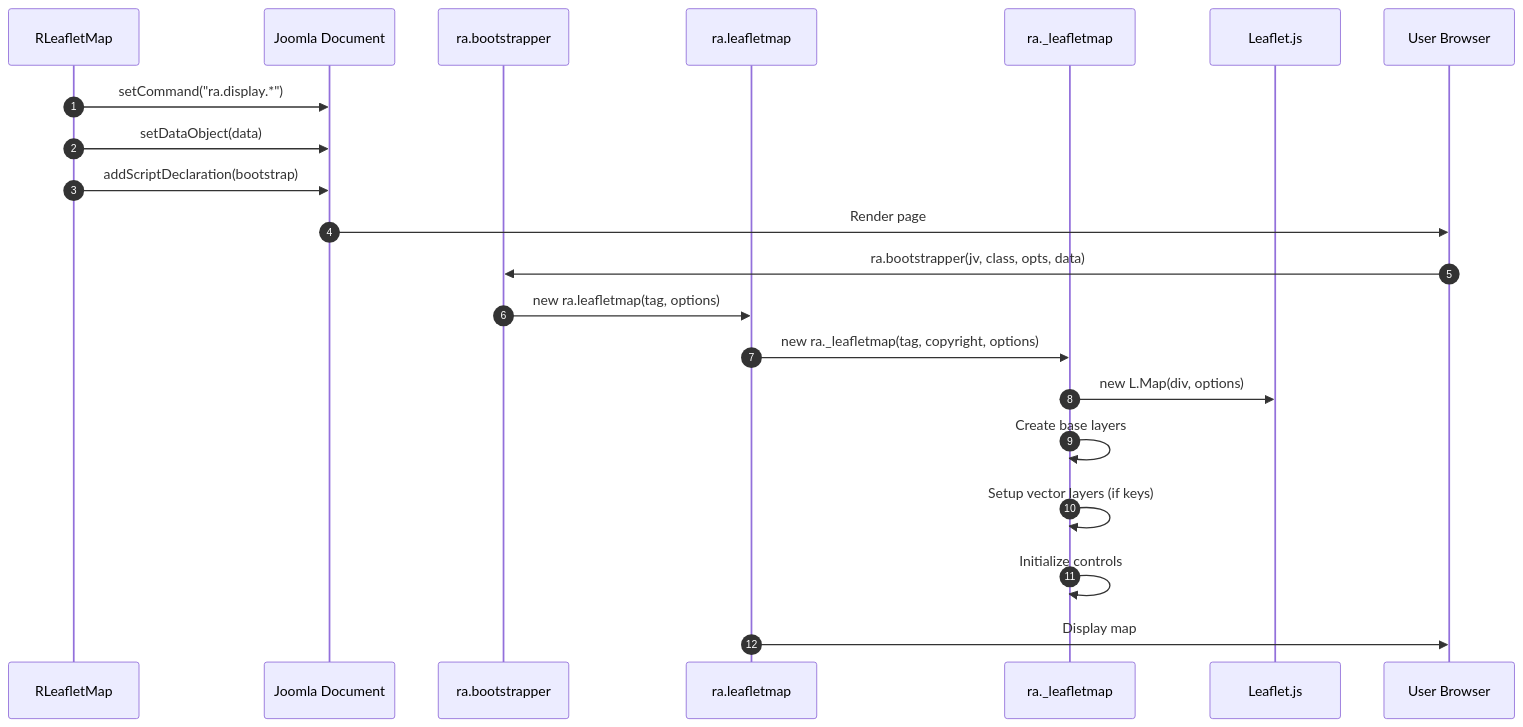
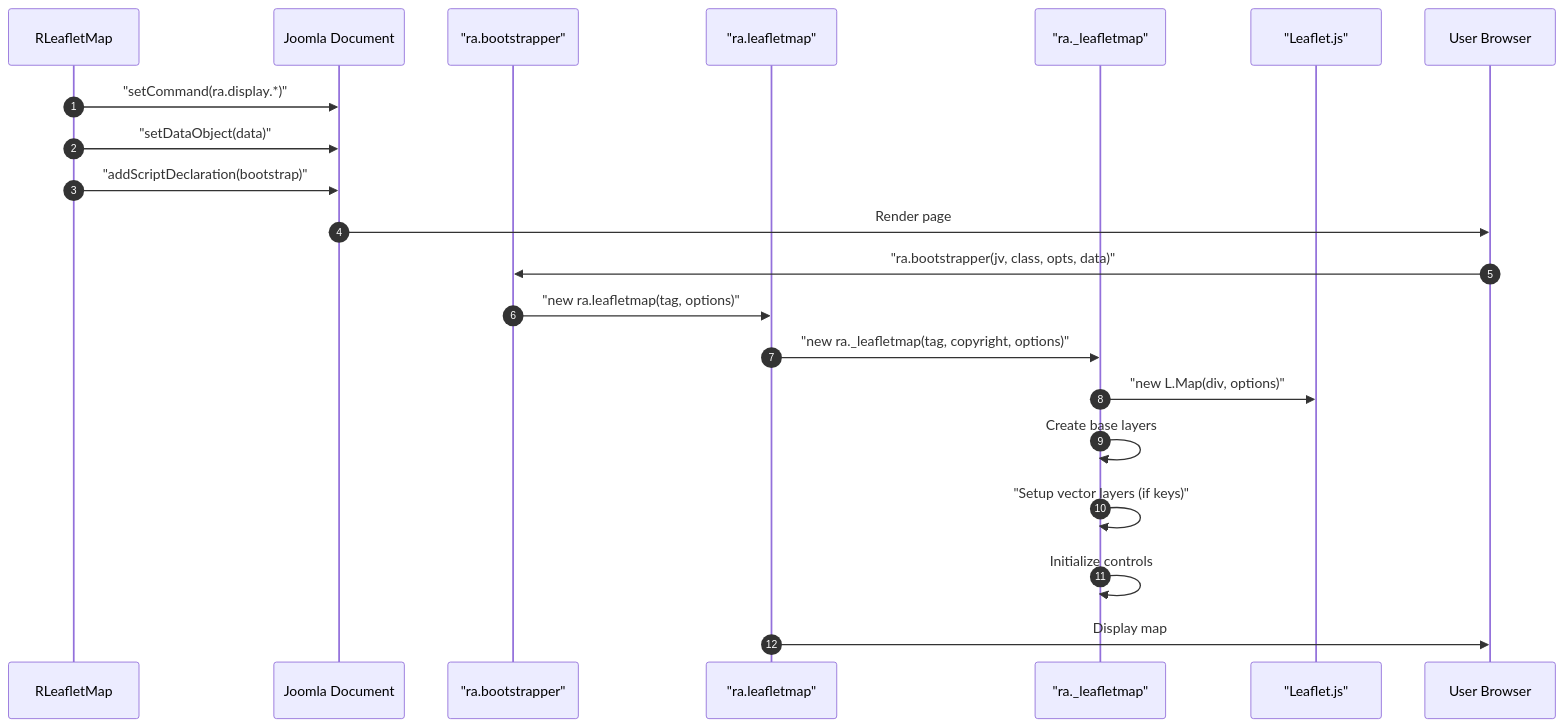
Before and after one commit to pauljrhodes/ramblers-library: the second of 5 diagrams in media/leaflet/HLD.md, drawn with Mermaid. The commit also changed other lines of this file and 33 other files, not shown here.

First line of the commit message:
Normalize Mermaid diagrams for GitHub rendering (#13)

````diff
--- a/media/leaflet/HLD.md
+++ b/media/leaflet/HLD.md
@@ -276,24 +276,24 @@
 ```mermaid
 sequenceDiagram
     autonumber
     participant PHP as RLeafletMap
     participant Doc as Joomla Document
-    participant Bootstrap as ra.bootstrapper
-    participant LeafletMap as ra.leafletmap
-    participant InternalMap as ra._leafletmap
-    participant LeafletJS as Leaflet.js
+    participant Bootstrap as "ra.bootstrapper"
+    participant LeafletMap as "ra.leafletmap"
+    participant InternalMap as "ra._leafletmap"
+    participant LeafletJS as "Leaflet.js"
     participant User as User Browser
 
-    PHP->>Doc: setCommand("ra.display.*")
-    PHP->>Doc: setDataObject(data)
-    PHP->>Doc: addScriptDeclaration(bootstrap)
+    PHP->>Doc: "setCommand(ra.display.*)"
+    PHP->>Doc: "setDataObject(data)"
+    PHP->>Doc: "addScriptDeclaration(bootstrap)"
     Doc->>User: Render page
-    User->>Bootstrap: ra.bootstrapper(jv, class, opts, data)
-    Bootstrap->>LeafletMap: new ra.leafletmap(tag, options)
-    LeafletMap->>InternalMap: new ra._leafletmap(tag, copyright, options)
-    InternalMap->>LeafletJS: new L.Map(div, options)
+    User->>Bootstrap: "ra.bootstrapper(jv, class, opts, data)"
+    Bootstrap->>LeafletMap: "new ra.leafletmap(tag, options)"
+    LeafletMap->>InternalMap: "new ra._leafletmap(tag, copyright, options)"
+    InternalMap->>LeafletJS: "new L.Map(div, options)"
     InternalMap->>InternalMap: Create base layers
-    InternalMap->>InternalMap: Setup vector layers (if keys)
+    InternalMap->>InternalMap: "Setup vector layers (if keys)"
     InternalMap->>InternalMap: Initialize controls
     LeafletMap->>User: Display map
 ```
````
